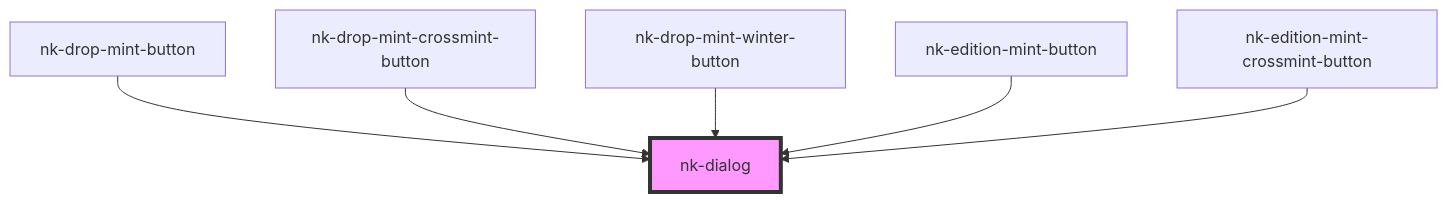
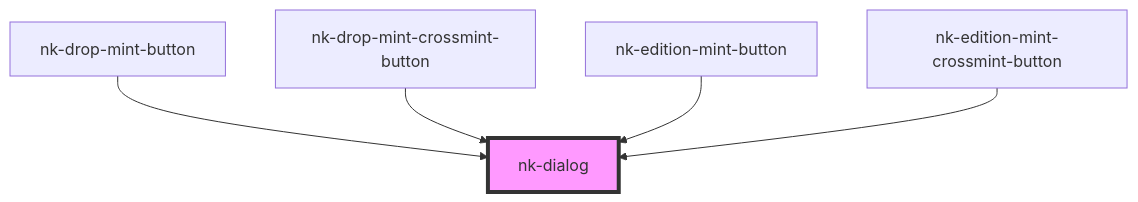
Before and after one commit to niftykit-inc/niftykit-sdk: the diagram in packages/widgets/src/components/nk-dialog/readme.md, drawn with Mermaid. The commit also changed other lines of this file and 31 other files, not shown here.

````diff
--- a/packages/widgets/src/components/nk-dialog/readme.md
+++ b/packages/widgets/src/components/nk-dialog/readme.md
@@ -28,9 +27,8 @@
 ```mermaid
 graph TD;
   nk-drop-mint-button --> nk-dialog
   nk-drop-mint-crossmint-button --> nk-dialog
-  nk-drop-mint-winter-button --> nk-dialog
   nk-edition-mint-button --> nk-dialog
   nk-edition-mint-crossmint-button --> nk-dialog
   style nk-dialog fill:#f9f,stroke:#333,stroke-width:4px
 ```
````
